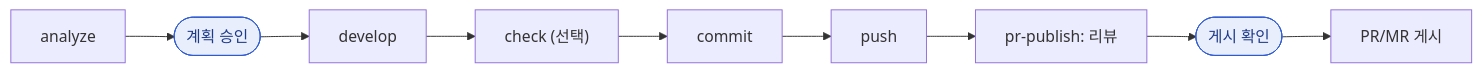
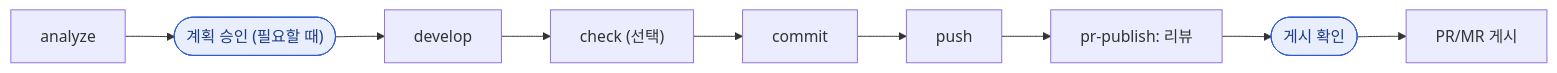
The diagram in README.ko.md (JQ-WCoding/devkit), drawn with Mermaid before and after one commit. The commit also changed other lines of this file and 1 other file, not shown here.

````diff
--- a/README.ko.md
+++ b/README.ko.md
@@ -56,6 +56,6 @@
 ```mermaid
 flowchart LR
-  A["analyze"] --> H1(["계획 승인"]) --> D["develop"] --> C["check (선택)"] --> CM["commit"] --> P["push"] --> R["pr-publish: 리뷰"] --> H2(["게시 확인"]) --> PR["PR/MR 게시"]
+  A["analyze"] --> H1(["계획 승인 (필요할 때)"]) --> D["develop"] --> C["check (선택)"] --> CM["commit"] --> P["push"] --> R["pr-publish: 리뷰"] --> H2(["게시 확인"]) --> PR["PR/MR 게시"]
   classDef human fill:#e8eefb,stroke:#2f5bd3,color:#1e3a8a
   class H1,H2 human
 ```
````
